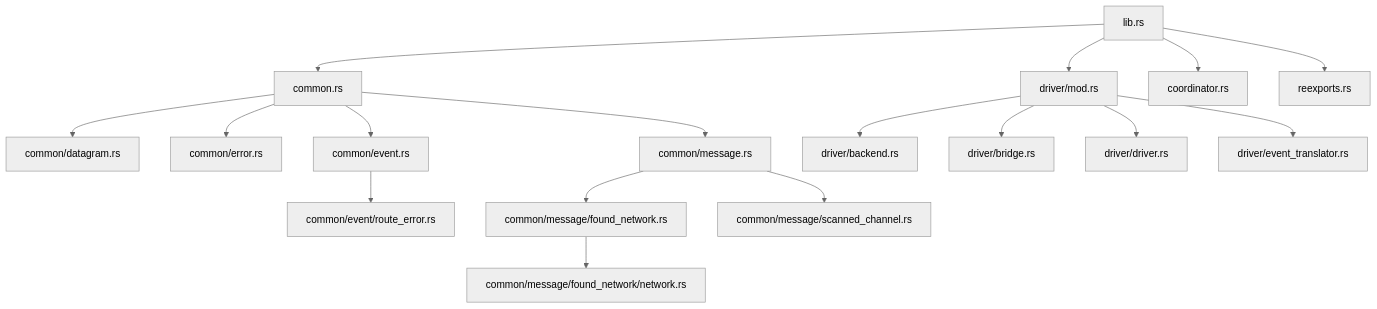
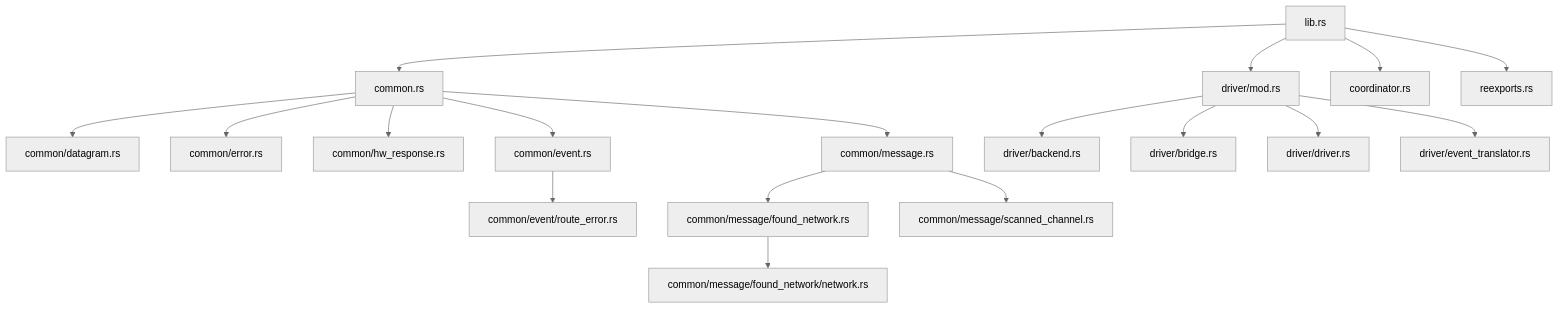
Before and after one commit to PaulmannLighting/apis-saltans: the fourth of 4 diagrams in hw/ARCHITECTURE.md, drawn with Mermaid (neutral theme). The commit also changed other lines of this file and 21 other files, not shown here.

````diff
--- a/hw/ARCHITECTURE.md
+++ b/hw/ARCHITECTURE.md
@@ -202,19 +215,20 @@
 ```mermaid
 flowchart TD
     lib["lib.rs"] --> common["common.rs"]
     lib --> driver["driver/mod.rs"]
     lib --> coordinator["coordinator.rs"]
     lib --> reexports["reexports.rs"]
     common --> datagram["common/datagram.rs"]
     common --> error["common/error.rs"]
+    common --> hw_response["common/hw_response.rs"]
     common --> event["common/event.rs"]
     event --> route_error["common/event/route_error.rs"]
     common --> message["common/message.rs"]
     message --> found_network["common/message/found_network.rs"]
     found_network --> network["common/message/found_network/network.rs"]
     message --> scanned_channel["common/message/scanned_channel.rs"]
     driver --> backend["driver/backend.rs"]
     driver --> bridge["driver/bridge.rs"]
     driver --> driver_impl["driver/driver.rs"]
     driver --> event_translator["driver/event_translator.rs"]
 ```
````
